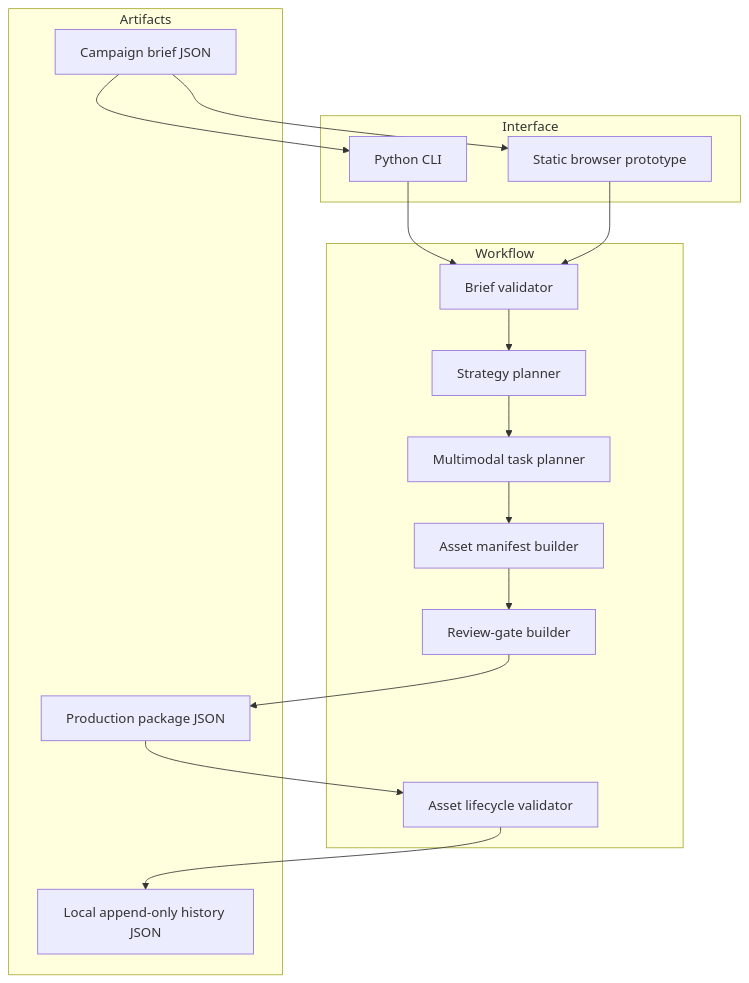
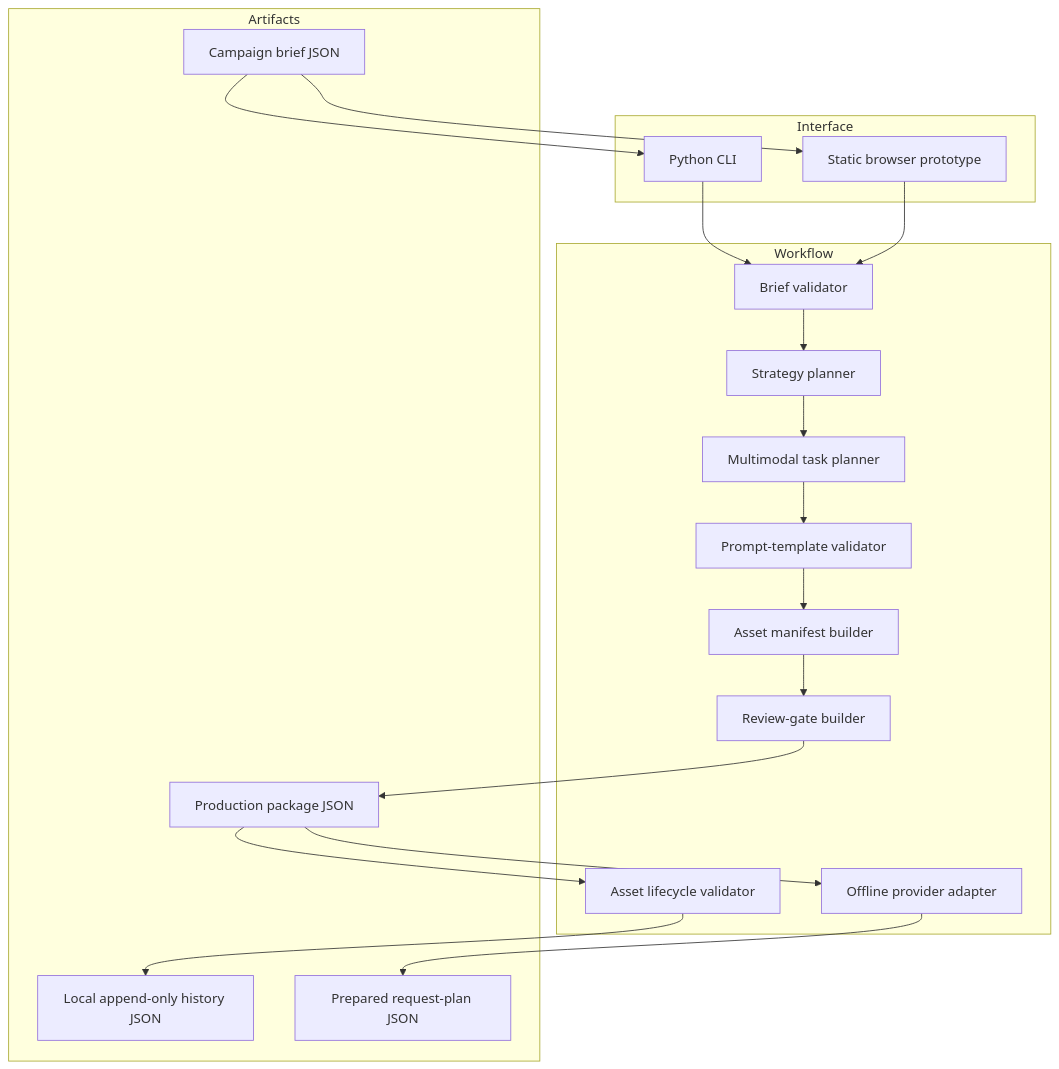
The first of 2 diagrams in docs/ARCHITECTURE.md (magicyao2028-pixel/aigc-content-production-studio), drawn with Mermaid before and after one commit. The commit also changed other lines of this file and 24 other files, not shown here.

Commit message:
feat: add configurable prompt adapter planning

````diff
--- a/docs/ARCHITECTURE.md
+++ b/docs/ARCHITECTURE.md
@@ -13,24 +13,28 @@
 ```mermaid
 flowchart TB
     subgraph Interface
       CLI[Python CLI]
       WEB[Static browser prototype]
     end
     subgraph Workflow
       V[Brief validator]
       S[Strategy planner]
       T[Multimodal task planner]
       M[Asset manifest builder]
       G[Review-gate builder]
       L[Asset lifecycle validator]
+      TPL[Prompt-template validator]
+      PAD[Offline provider adapter]
     end
     subgraph Artifacts
       B[Campaign brief JSON]
       P[Production package JSON]
       H[Local append-only history JSON]
+      R[Prepared request-plan JSON]
     end
     B --> CLI --> V
     B --> WEB --> V
-    V --> S --> T --> M --> G --> P
+    V --> S --> T --> TPL --> M --> G --> P
     P --> L --> H
+    P --> PAD --> R
 ```
````
